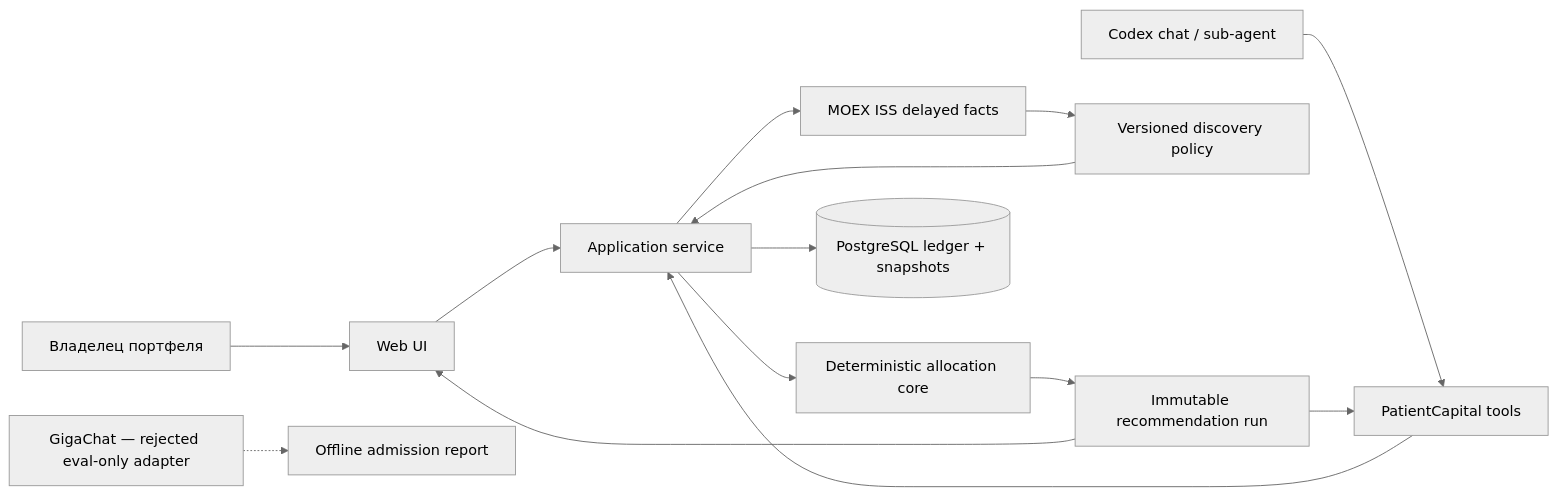
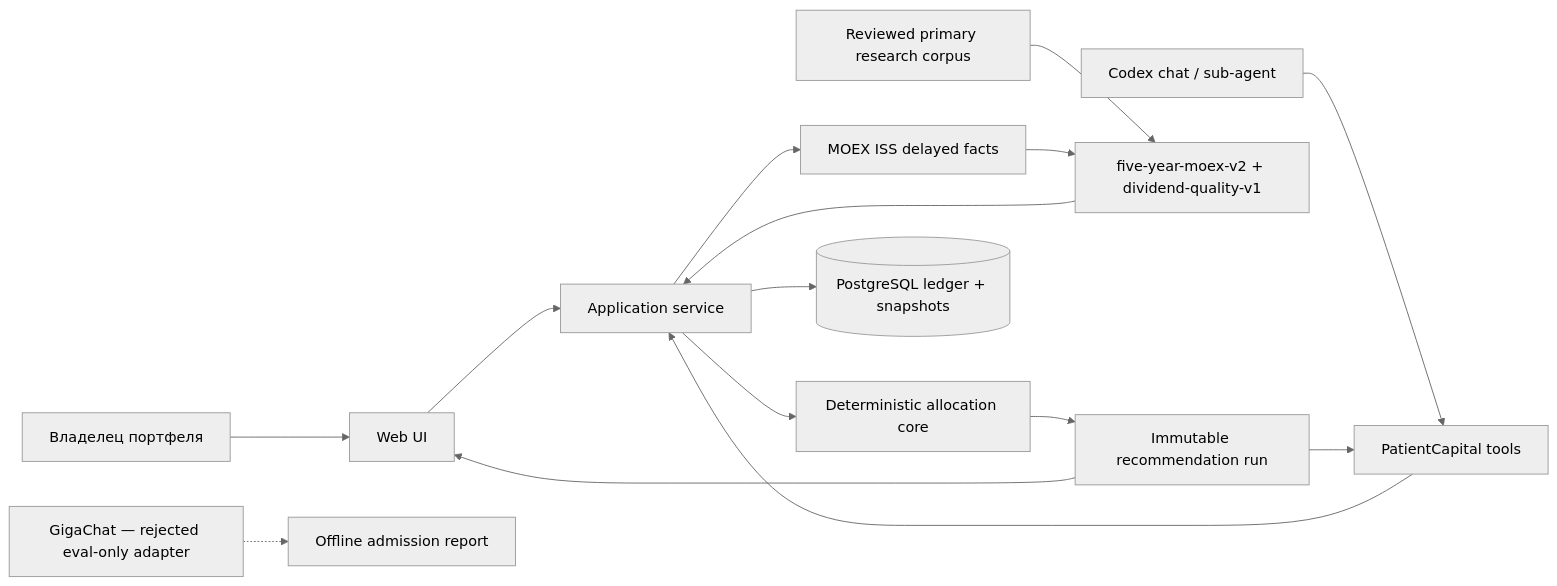
One commit to TBWTK/PatientCapital changed the first of 3 diagrams in docs/ARCHITECTURE.md. Above: the diagram before and after it, drawn with Mermaid (neutral theme). The commit also changed other lines of this file and 27 other files, not shown here.

Commit message:
feat: add source-backed dividend research

````diff
--- a/docs/ARCHITECTURE.md
+++ b/docs/ARCHITECTURE.md
@@ -152,16 +157,17 @@
 ```mermaid
 flowchart LR
   User["Владелец портфеля"] --> Web["Web UI"]
   Codex["Codex chat / sub-agent"] --> Tools["PatientCapital tools"]
   Web --> App["Application service"]
   Tools --> App
   App --> MOEX["MOEX ISS delayed facts"]
-  MOEX --> Policy["Versioned discovery policy"]
+  Corpus["Reviewed primary research corpus"] --> Policy["five-year-moex-v2 + dividend-quality-v1"]
+  MOEX --> Policy
   Policy --> App
   App --> Core["Deterministic allocation core"]
   App --> DB[("PostgreSQL ledger + snapshots")]
   Core --> Run["Immutable recommendation run"]
   Run --> Web
   Run --> Tools
   Giga["GigaChat — rejected eval-only adapter"] -.-> Gate["Offline admission report"]
 ```
````
